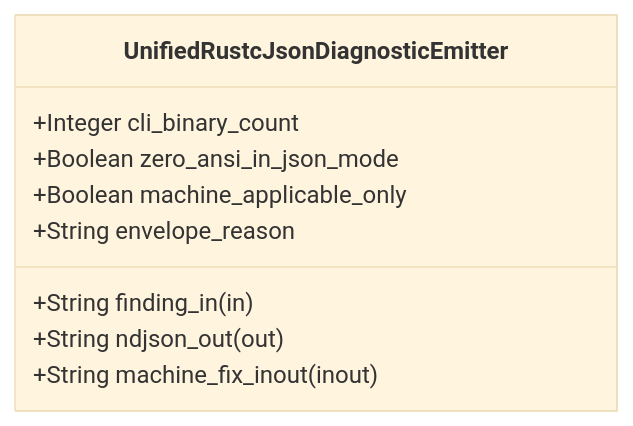
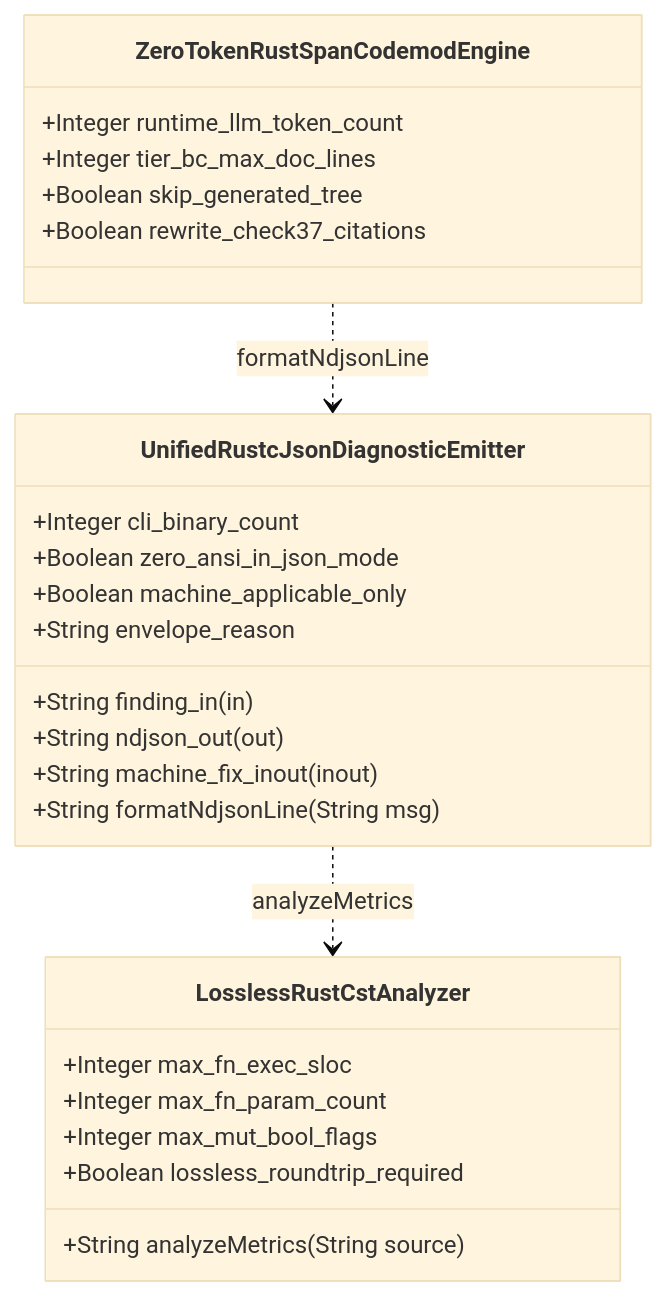
The first of 2 diagrams in .pipeline/upstream/docs/features/FEAT-44-UnifiedRustcJsonDiagnosticEmitter.md (gintatkinson/DEAP01-spec-core), drawn with Mermaid (base theme) before and after one commit. The commit also changed other lines of this file and 2 other files, not shown here.

````diff
--- a/.pipeline/upstream/docs/features/FEAT-44-UnifiedRustcJsonDiagnosticEmitter.md
+++ b/.pipeline/upstream/docs/features/FEAT-44-UnifiedRustcJsonDiagnosticEmitter.md
@@ -16,12 +55,28 @@
 ```mermaid
 classDiagram
     class UnifiedRustcJsonDiagnosticEmitter {
         +String finding_in (in)
         +String ndjson_out (out)
         +String machine_fix_inout (inout)
         +Integer cli_binary_count
         +Boolean zero_ansi_in_json_mode
         +Boolean machine_applicable_only
         +String envelope_reason
+        +String formatNdjsonLine(String msg)
     }
+    class LosslessRustCstAnalyzer {
+        +Integer max_fn_exec_sloc
+        +Integer max_fn_param_count
+        +Integer max_mut_bool_flags
+        +Boolean lossless_roundtrip_required
+        +String analyzeMetrics(String source)
+    }
+    class ZeroTokenRustSpanCodemodEngine {
+        +Integer runtime_llm_token_count
+        +Integer tier_bc_max_doc_lines
+        +Boolean skip_generated_tree
+        +Boolean rewrite_check37_citations
+    }
+    ZeroTokenRustSpanCodemodEngine ..> UnifiedRustcJsonDiagnosticEmitter : formatNdjsonLine
+    UnifiedRustcJsonDiagnosticEmitter ..> LosslessRustCstAnalyzer : analyzeMetrics
 ```
````
